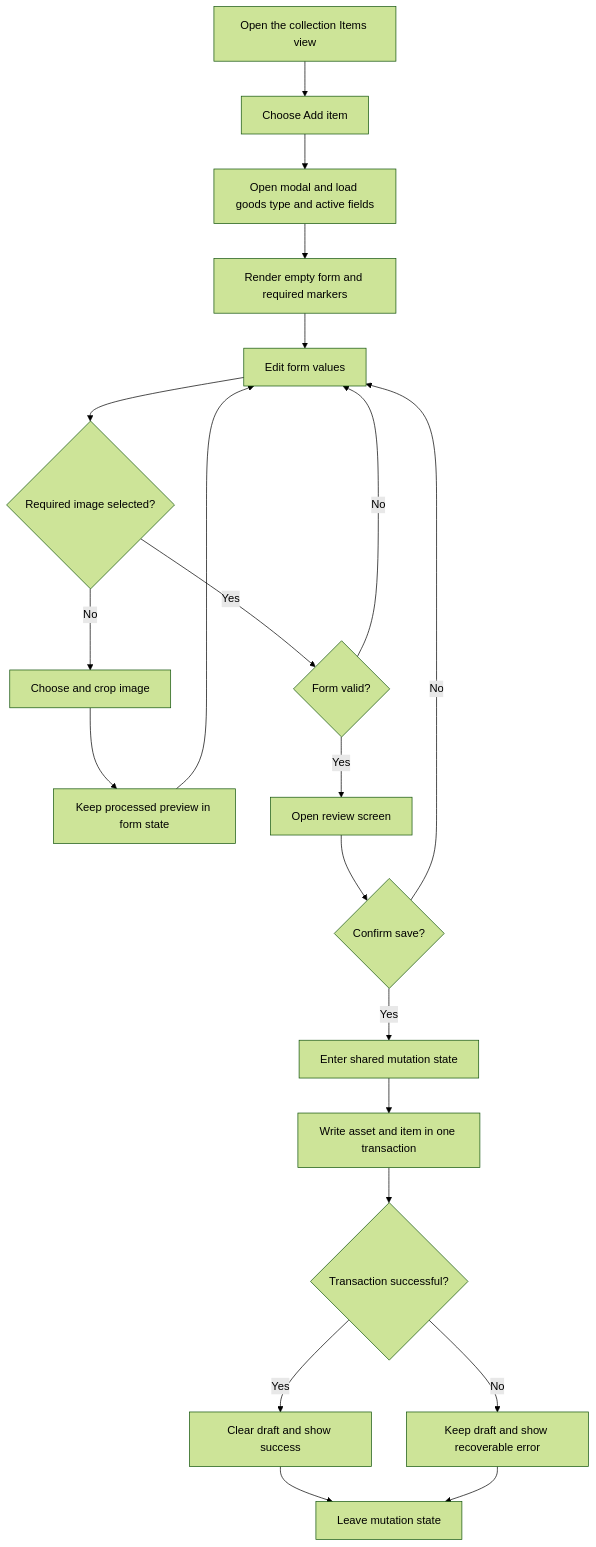
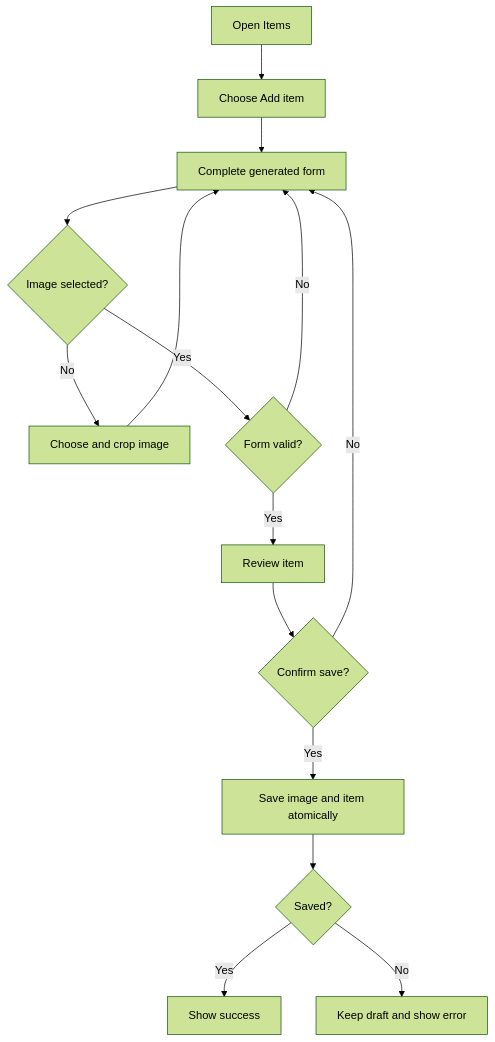
One commit to Uduru0522/oshimochi changed the first of 3 diagrams in docs/workflows.md. Above: the diagram before and after it, drawn with Mermaid (forest theme). The commit also changed other lines of this file and 10 other files, not shown here.

````diff
--- a/docs/workflows.md
+++ b/docs/workflows.md
@@ -66,23 +134,17 @@
 ```mermaid
 graph TD
-  A["Open the collection Items view"] --> B["Choose Add item"]
-  B --> C["Open modal and load goods type and active fields"]
-  C --> D["Render empty form and required markers"]
-  D --> E["Edit form values"]
-  E --> F{"Required image selected?"}
-  F -->|No| G["Choose and crop image"]
-  G --> H["Keep processed preview in form state"]
-  H --> E
-  F -->|Yes| I{"Form valid?"}
-  I -->|No| E
-  I -->|Yes| J["Open review screen"]
-  J --> K{"Confirm save?"}
-  K -->|No| E
-  K -->|Yes| L["Enter shared mutation state"]
-  L --> M["Write asset and item in one transaction"]
-  M --> N{"Transaction successful?"}
-  N -->|Yes| O["Clear draft and show success"]
-  N -->|No| P["Keep draft and show recoverable error"]
-  O --> Q["Leave mutation state"]
-  P --> Q
+  A["Open Items"] --> B["Choose Add item"]
+  B --> C["Complete generated form"]
+  C --> D{"Image selected?"}
+  D -->|No| E["Choose and crop image"]
+  E --> C
+  D -->|Yes| F{"Form valid?"}
+  F -->|No| C
+  F -->|Yes| G["Review item"]
+  G --> H{"Confirm save?"}
+  H -->|No| C
+  H -->|Yes| I["Save image and item atomically"]
+  I --> J{"Saved?"}
+  J -->|Yes| K["Show success"]
+  J -->|No| L["Keep draft and show error"]
 ```
````
